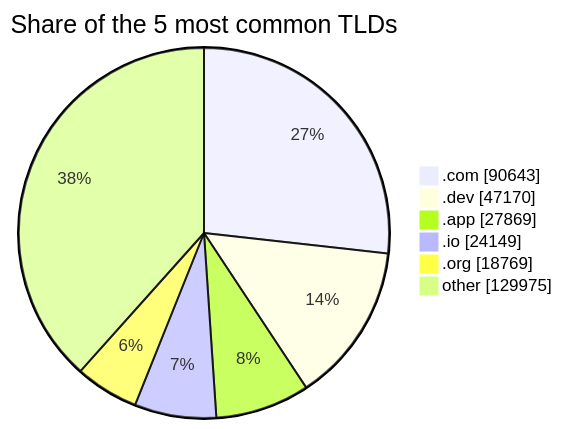
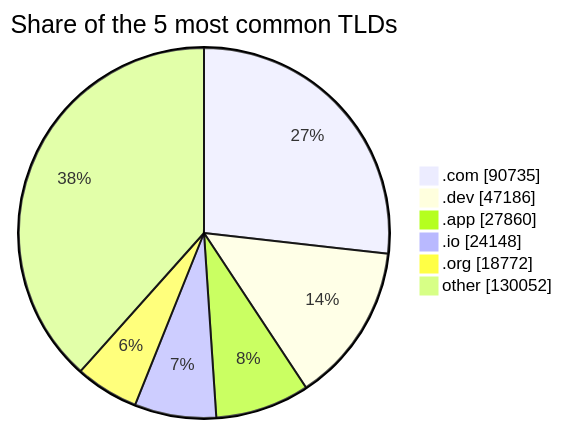
Before and after one commit to DNSBunker/CTI: the third of 3 diagrams in README.md, drawn with Mermaid. The commit also changed other lines of this file and 3 other files, not shown here.

````diff
--- a/README.md
+++ b/README.md
@@ -81,9 +81,9 @@
 ```mermaid
 pie showData title Share of the 5 most common TLDs
-    ".com" : 90643
-    ".dev" : 47170
-    ".app" : 27869
-    ".io" : 24149
-    ".org" : 18769
-    "other" : 129975
+    ".com" : 90735
+    ".dev" : 47186
+    ".app" : 27860
+    ".io" : 24148
+    ".org" : 18772
+    "other" : 130052
 ```
````
